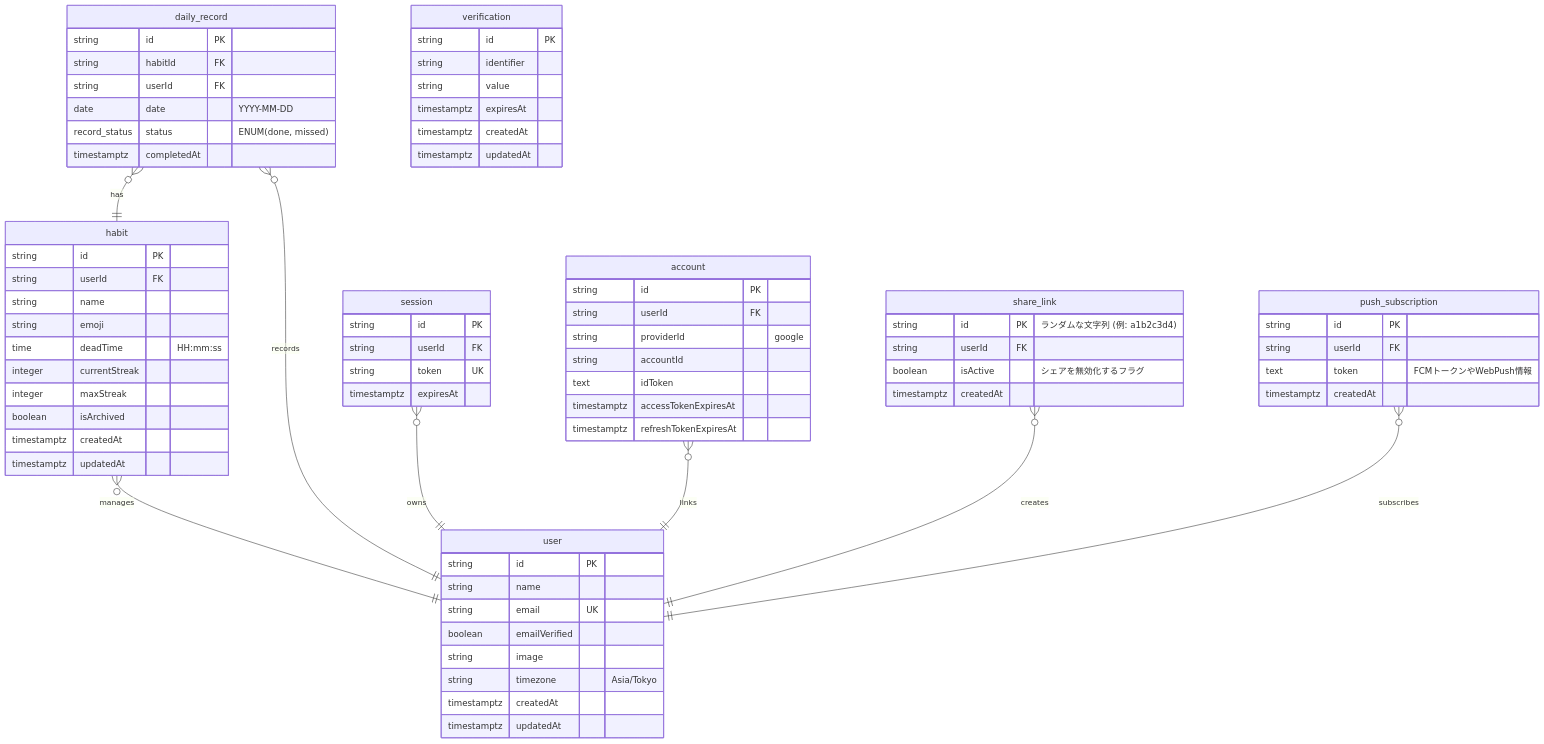
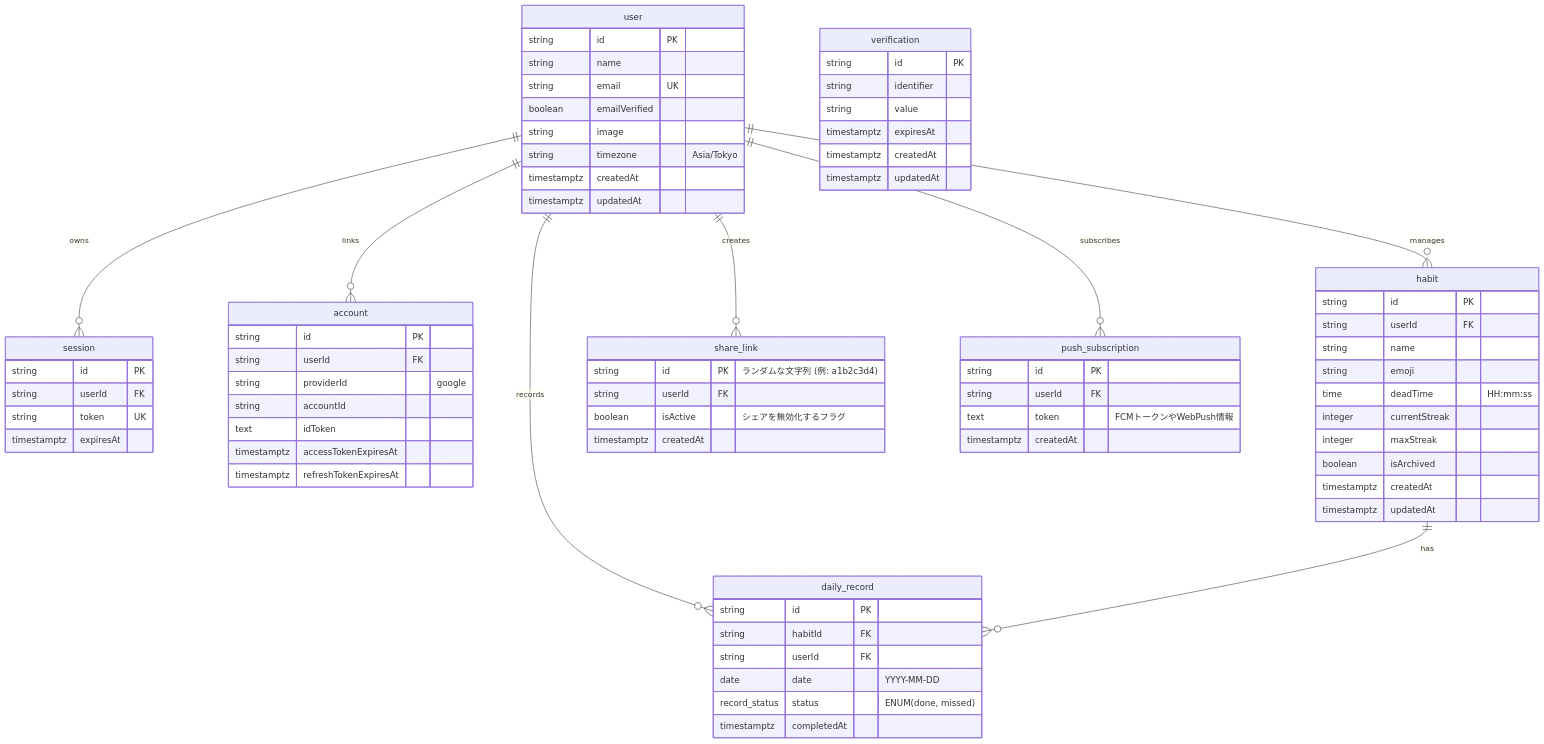
One commit to devegoma/dailygreen changed the diagram in docs/db.md. Above: the diagram before and after it, drawn with Mermaid.

Commit message:
docs: ER図をGitHub表示に合わせて元のレイアウトに戻す
Made-with: Cursor

````diff
--- a/docs/db.md
+++ b/docs/db.md
@@ -9,34 +9,12 @@
 ```mermaid
 erDiagram
-    daily_record }o--|| habit : "has"
-    habit }o--|| user : "manages"
-    daily_record }o--|| user : "records"
-    session }o--|| user : "owns"
-    account }o--|| user : "links"
-    share_link }o--|| user : "creates"
-    push_subscription }o--|| user : "subscribes"
-
-    daily_record {
-        string id PK
-        string habitId FK
-        string userId FK
-        date date "YYYY-MM-DD"
-        record_status status "ENUM(done, missed)"
-        timestamptz completedAt
-    }
-
-    habit {
-        string id PK
-        string userId FK
-        string name
-        string emoji
-        time deadTime "HH:mm:ss"
-        integer currentStreak
-        integer maxStreak
-        boolean isArchived
-        timestamptz createdAt
-        timestamptz updatedAt
-    }
+    user ||--o{ session : "owns"
+    user ||--o{ account : "links"
+    user ||--o{ habit : "manages"
+    user ||--o{ daily_record : "records"
+    user ||--o{ share_link : "creates"
+    user ||--o{ push_subscription : "subscribes"
+    habit ||--o{ daily_record : "has"
 
     user {
         string id PK
@@ -75,6 +53,28 @@
         timestamptz updatedAt
     }
 
+    habit {
+        string id PK
+        string userId FK
+        string name
+        string emoji
+        time deadTime "HH:mm:ss"
+        integer currentStreak
+        integer maxStreak
+        boolean isArchived
+        timestamptz createdAt
+        timestamptz updatedAt
+    }
+
+    daily_record {
+        string id PK
+        string habitId FK
+        string userId FK
+        date date "YYYY-MM-DD"
+        record_status status "ENUM(done, missed)"
+        timestamptz completedAt
+    }
+
     share_link {
         string id PK "ランダムな文字列 (例: a1b2c3d4)"
         string userId FK
````
